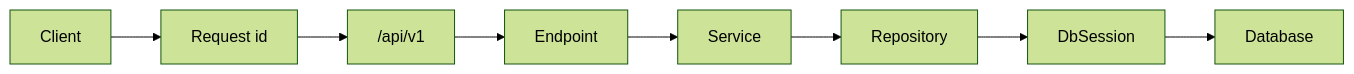
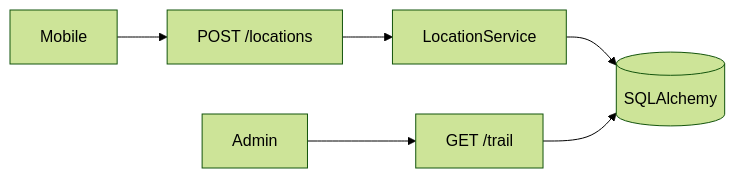
Before and after one commit to poluru-labs/fastapi-realworld-projects: the diagram in advanced/fastapi-location-tracking/README.md, drawn with Mermaid (forest theme). The commit also changed other lines of this file and 30 other files, not shown here.

````diff
--- a/advanced/fastapi-location-tracking/README.md
+++ b/advanced/fastapi-location-tracking/README.md
@@ -45,10 +83,8 @@
 ```mermaid
 flowchart LR
-  Client --> Middleware["Request id"]
-  Middleware --> Router["/api/v1"]
-  Router --> Endpoint
-  Endpoint --> Service
-  Service --> Repository
-  Repository --> DbSession
-  DbSession --> Database
+  Mobile --> Ingest["POST /locations"]
+  Ingest --> LocationService
+  LocationService --> DB[(SQLAlchemy)]
+  Admin --> Trail["GET /trail"]
+  Trail --> DB
 ```
````
